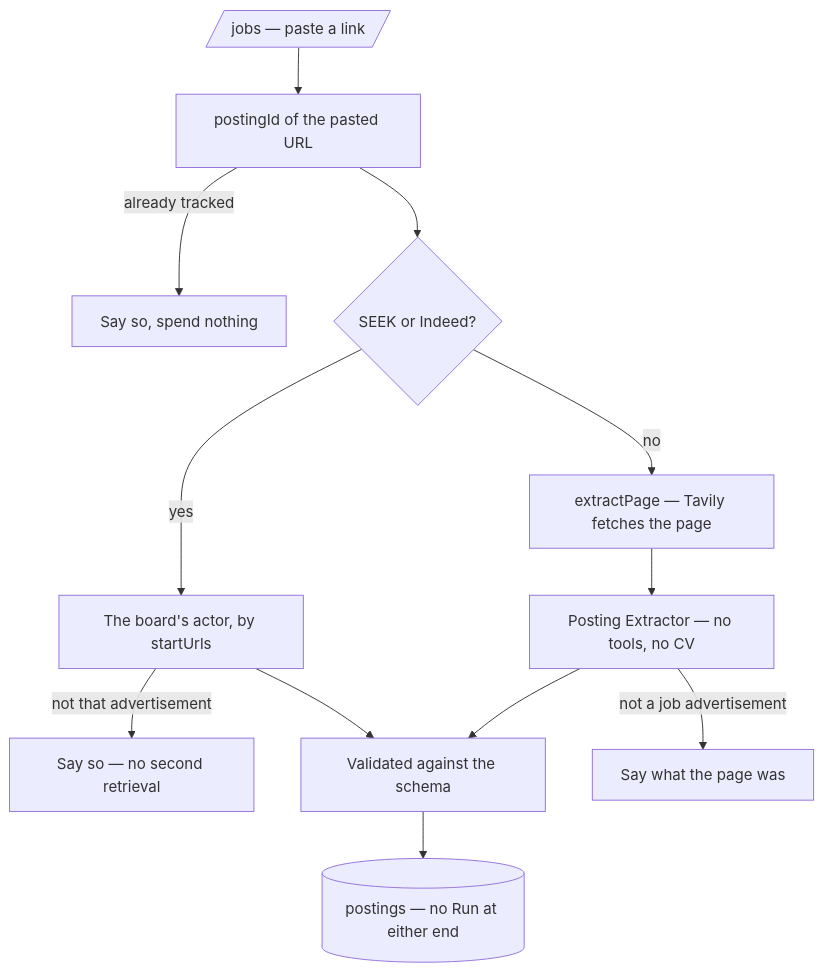
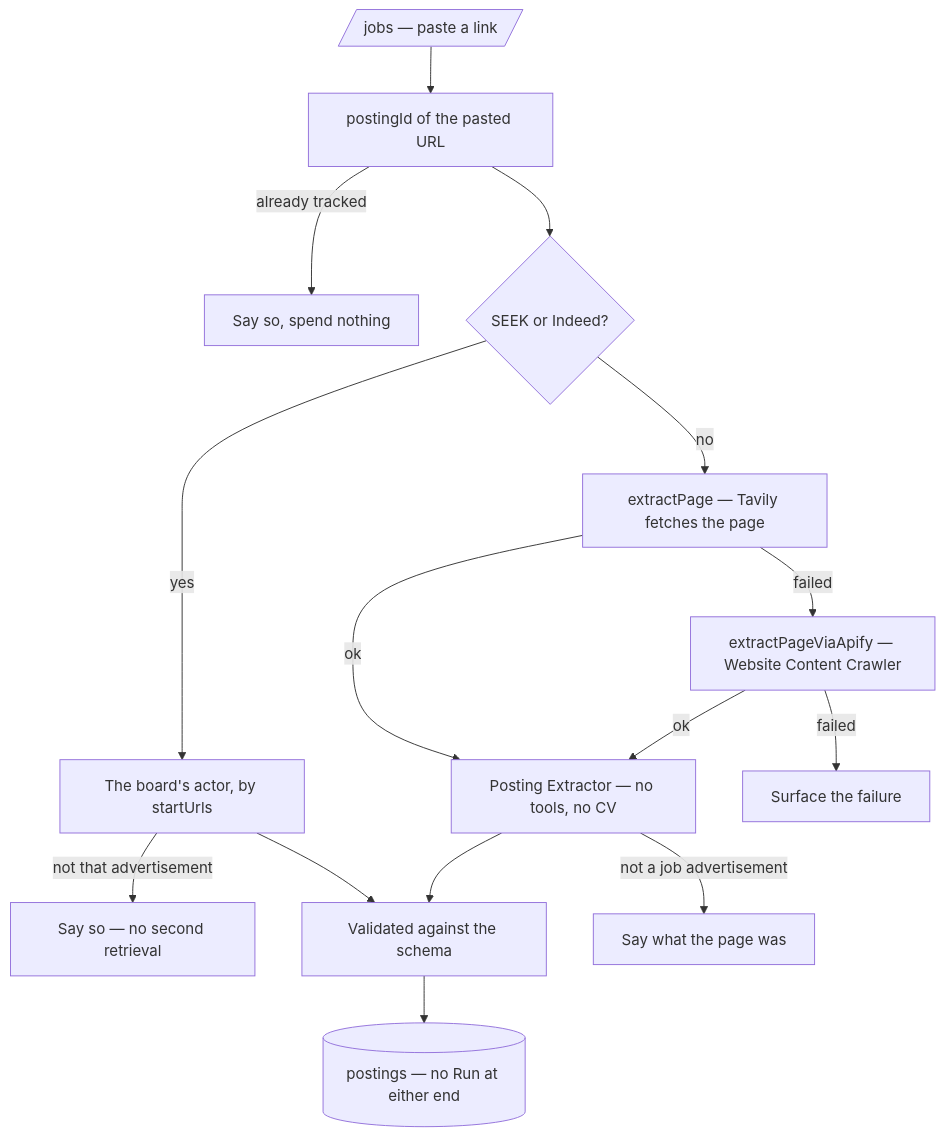
Before and after one commit to sunnyeyles/control-panel: the second of 4 diagrams in OVERVIEW.md, drawn with Mermaid. The commit also changed other lines of this file and 4 other files, not shown here.

First line of the commit message:
Fall back to Apify when Tavily cannot read a pasted posting link.

````diff
--- a/OVERVIEW.md
+++ b/OVERVIEW.md
@@ -173,14 +176,17 @@
 ```mermaid
 flowchart TD
     U[/jobs — paste a link/] --> ID[postingId of the pasted URL]
     ID -->|already tracked| STOP[Say so, spend nothing]
     ID --> B{SEEK or Indeed?}
     B -->|yes| BF[The board's actor, by startUrls]
     BF -->|not that advertisement| SAY2[Say so — no second retrieval]
     BF --> V2[Validated against the schema]
     B -->|no| EX[extractPage — Tavily fetches the page]
-    EX --> PE[Posting Extractor — no tools, no CV]
+    EX -->|failed| AP[extractPageViaApify — Website Content Crawler]
+    EX -->|ok| PE[Posting Extractor — no tools, no CV]
+    AP -->|ok| PE
+    AP -->|failed| SAY3[Surface the failure]
     PE -->|not a job advertisement| SAY[Say what the page was]
     PE --> V2
     V2 --> PT2[(postings — no Run at either end)]
 ```
````
